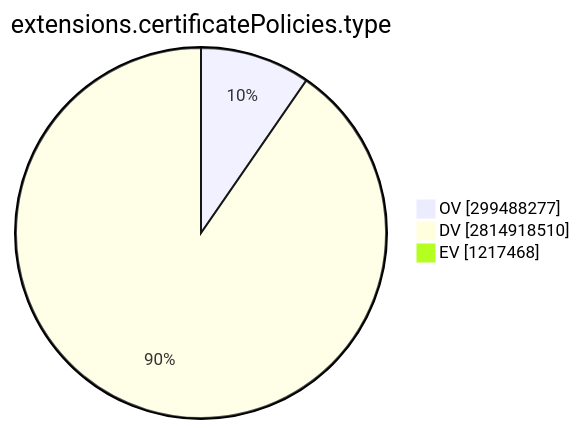
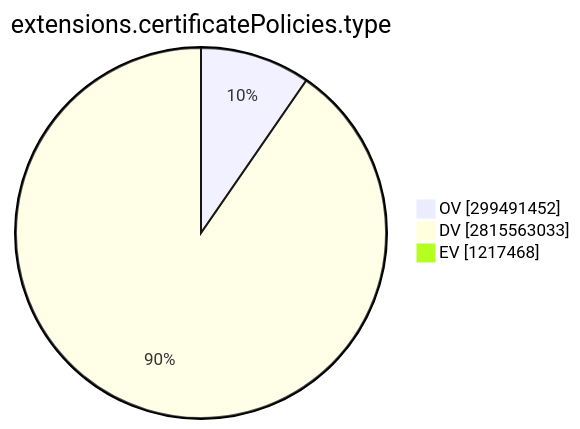
The ninth of 15 diagrams in TOTAL/README.md (christiankrug/ctmonitor_visualization), drawn with Mermaid before and after one commit. The commit also changed other lines of this file, not shown here.

````diff
--- a/TOTAL/README.md
+++ b/TOTAL/README.md
@@ -3101,7 +3101,7 @@
 ```mermaid
 pie showData
 title extensions.certificatePolicies.type
-"OV" :299488277
-"DV" :2814918510
+"OV" :299491452
+"DV" :2815563033
 "EV" :1217468
 ```
````
